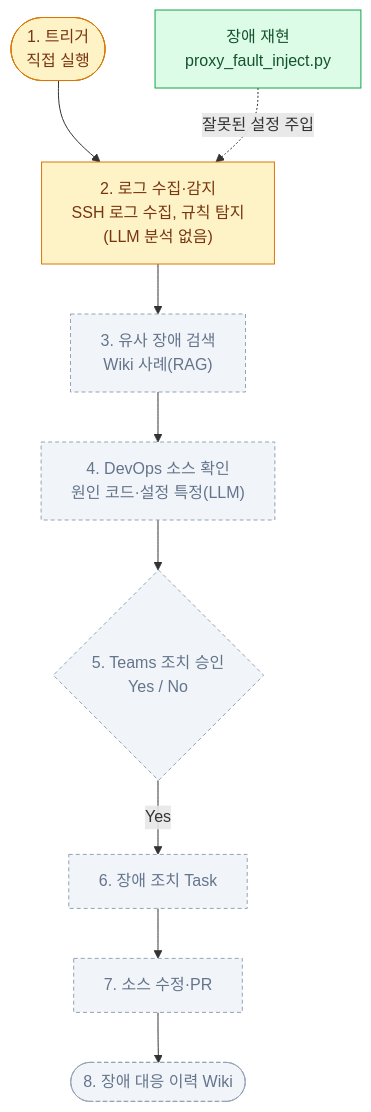
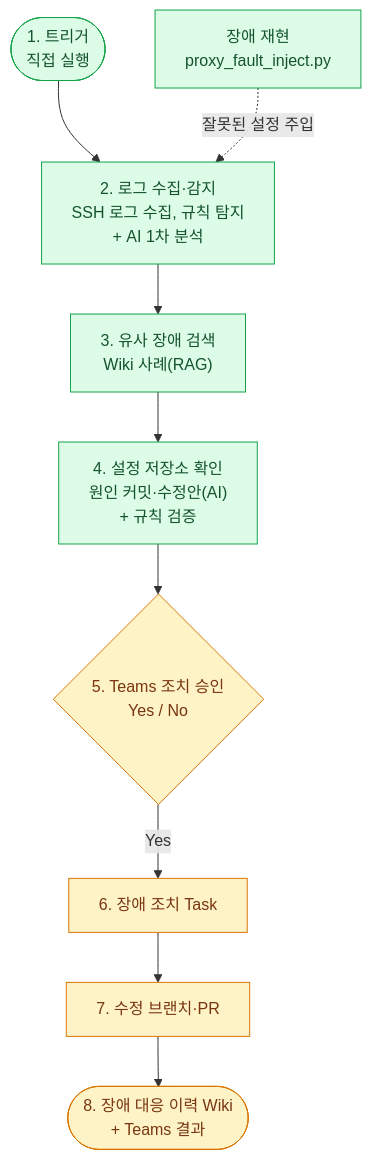
Before and after one commit to pcmola/ai-master: the third of 10 diagrams in README.md, drawn with Mermaid. The commit also changed other lines of this file and 5 other files, not shown here.

````diff
--- a/README.md
+++ b/README.md
@@ -165,22 +165,17 @@
 ```mermaid
 flowchart TD
-    t(["1. 트리거<br/>직접 실행"]) --> d["2. 로그 수집·감지<br/>SSH 로그 수집, 규칙 탐지<br/>(LLM 분석 없음)"]
+    t(["1. 트리거<br/>직접 실행"]) --> d["2. 로그 수집·감지<br/>SSH 로그 수집, 규칙 탐지<br/>+ AI 1차 분석"]
     d --> sim["3. 유사 장애 검색<br/>Wiki 사례(RAG)"]
-    sim --> src["4. DevOps 소스 확인<br/>원인 코드·설정 특정(LLM)"]
+    sim --> src["4. 설정 저장소 확인<br/>원인 커밋·수정안(AI)<br/>+ 규칙 검증"]
     src --> ap{"5. Teams 조치 승인<br/>Yes / No"}
     ap -- "Yes" --> task["6. 장애 조치 Task"]
-    task --> pr["7. 소스 수정·PR"]
-    pr --> hist(["8. 장애 대응 이력 Wiki"])
+    task --> pr["7. 수정 브랜치·PR"]
+    pr --> hist(["8. 장애 대응 이력 Wiki<br/>+ Teams 결과"])
     inj["장애 재현<br/>proxy_fault_inject.py"] -. "잘못된 설정 주입" .-> d
 
     classDef done fill:#DCFCE7,stroke:#16A34A,color:#14532D
     classDef part fill:#FEF3C7,stroke:#D97706,color:#78350F
     classDef todo fill:#F1F5F9,stroke:#94A3B8,stroke-dasharray:4 3,color:#64748B
-    classDef user fill:#FFEDD5,stroke:#EA580C,stroke-width:2px,color:#7C2D12
-    classDef io fill:#EEF2FF,stroke:#6366F1,color:#312E81
-    classDef ext fill:#E0F2FE,stroke:#0284C7,color:#0C4A6E
-    class t,d part
-    class sim,src,task,pr,hist todo
-    class ap todo
-    class inj done
+    class t,d,sim,src,inj done
+    class ap,task,pr,hist part
 ```
````
